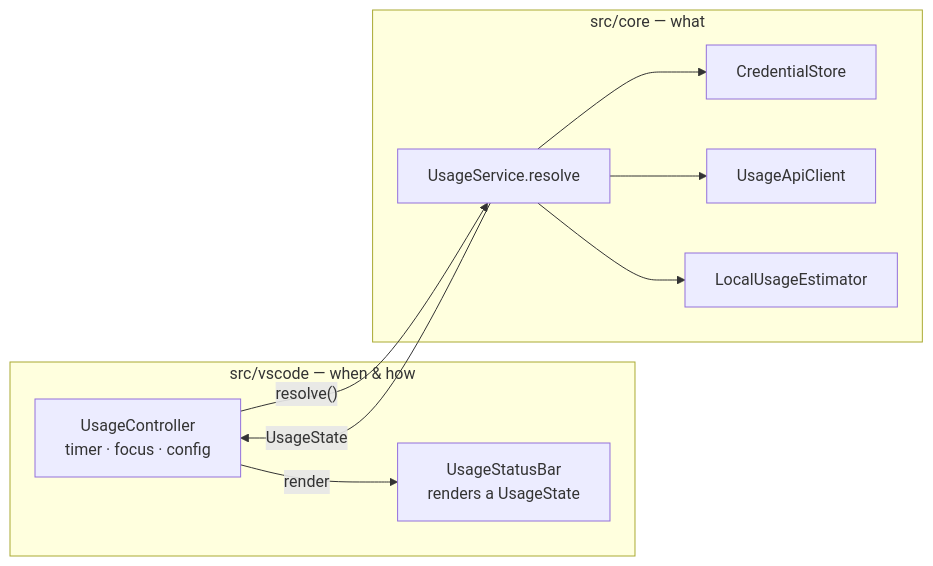
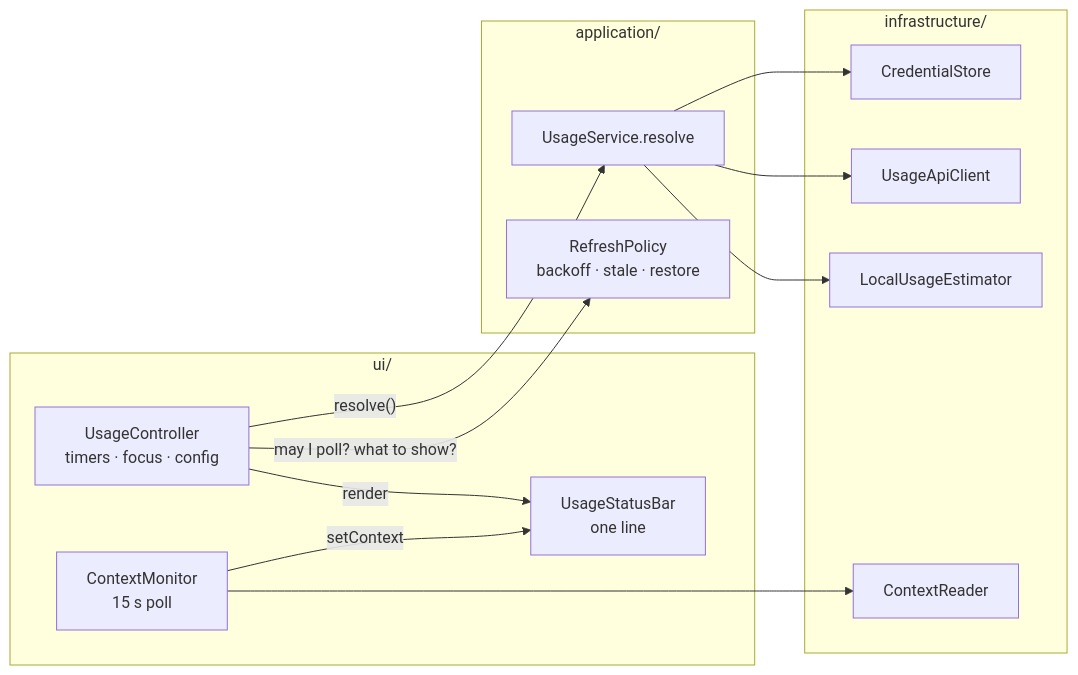
The second of 3 diagrams in docs/ARCHITECTURE.md (kabartay/tokenwatch), drawn with Mermaid before and after one commit. The commit also changed other lines of this file and 39 other files, not shown here.

First line of the commit message:
Reorganise src/ into domain, application, infrastructure and ui layers

````diff
--- a/docs/ARCHITECTURE.md
+++ b/docs/ARCHITECTURE.md
@@ -20,19 +42,24 @@
 ```mermaid
 flowchart LR
-  subgraph vscode["src/vscode — when & how"]
-    C[UsageController<br/>timer · focus · config]
-    SB[UsageStatusBar<br/>renders a UsageState]
+  subgraph ui["ui/"]
+    C[UsageController<br/>timers · focus · config]
+    CM[ContextMonitor<br/>15 s poll]
+    SB[UsageStatusBar<br/>one line]
   end
-  subgraph core["src/core — what"]
+  subgraph application["application/"]
     S[UsageService.resolve]
+    P[RefreshPolicy<br/>backoff · stale · restore]
+  end
+  subgraph infrastructure["infrastructure/"]
     CS[CredentialStore]
     API[UsageApiClient]
     EST[LocalUsageEstimator]
+    CR[ContextReader]
   end
   C -- "resolve()" --> S
-  S --> CS
-  S --> API
-  S --> EST
-  S -- UsageState --> C
+  C -- "may I poll? what to show?" --> P
+  S --> CS & API & EST
+  CM --> CR
   C -- render --> SB
+  CM -- setContext --> SB
 ```
````
